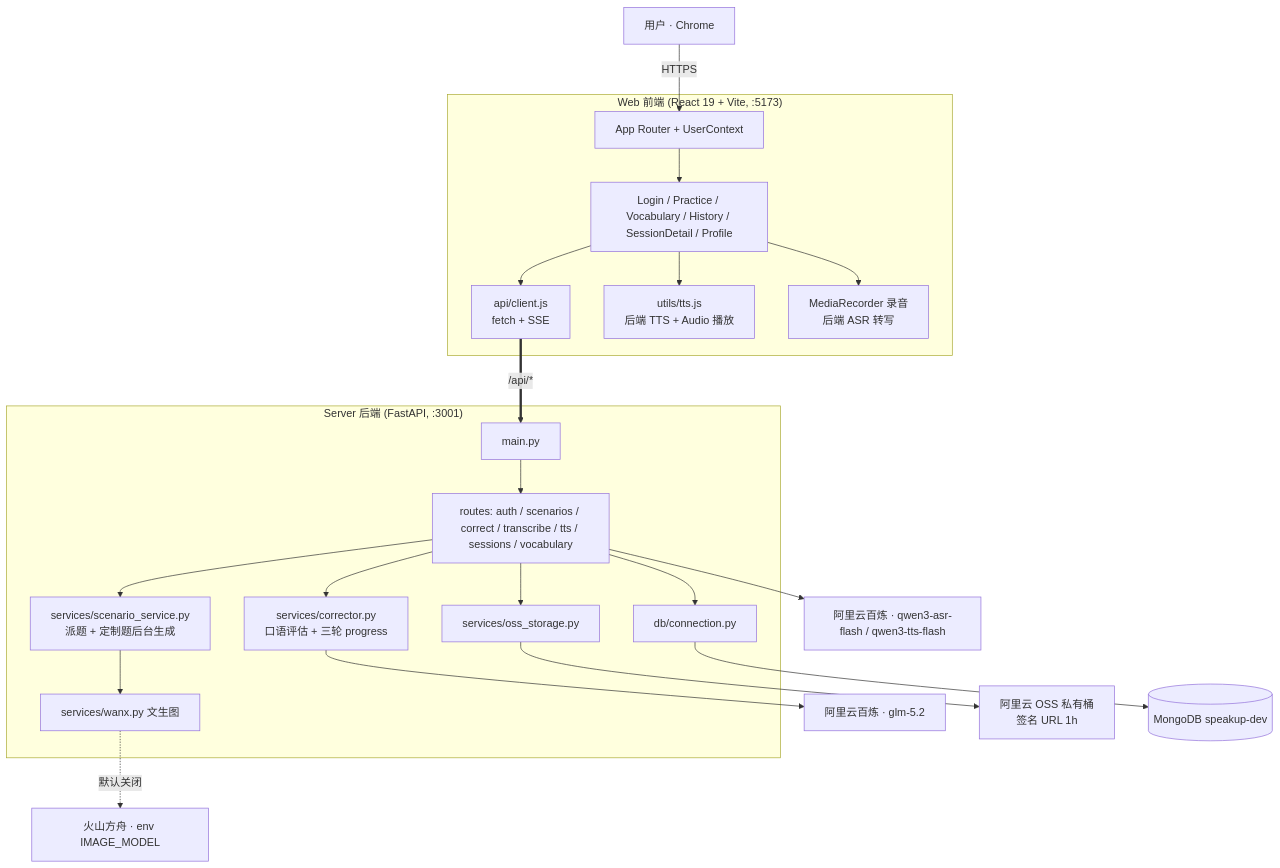
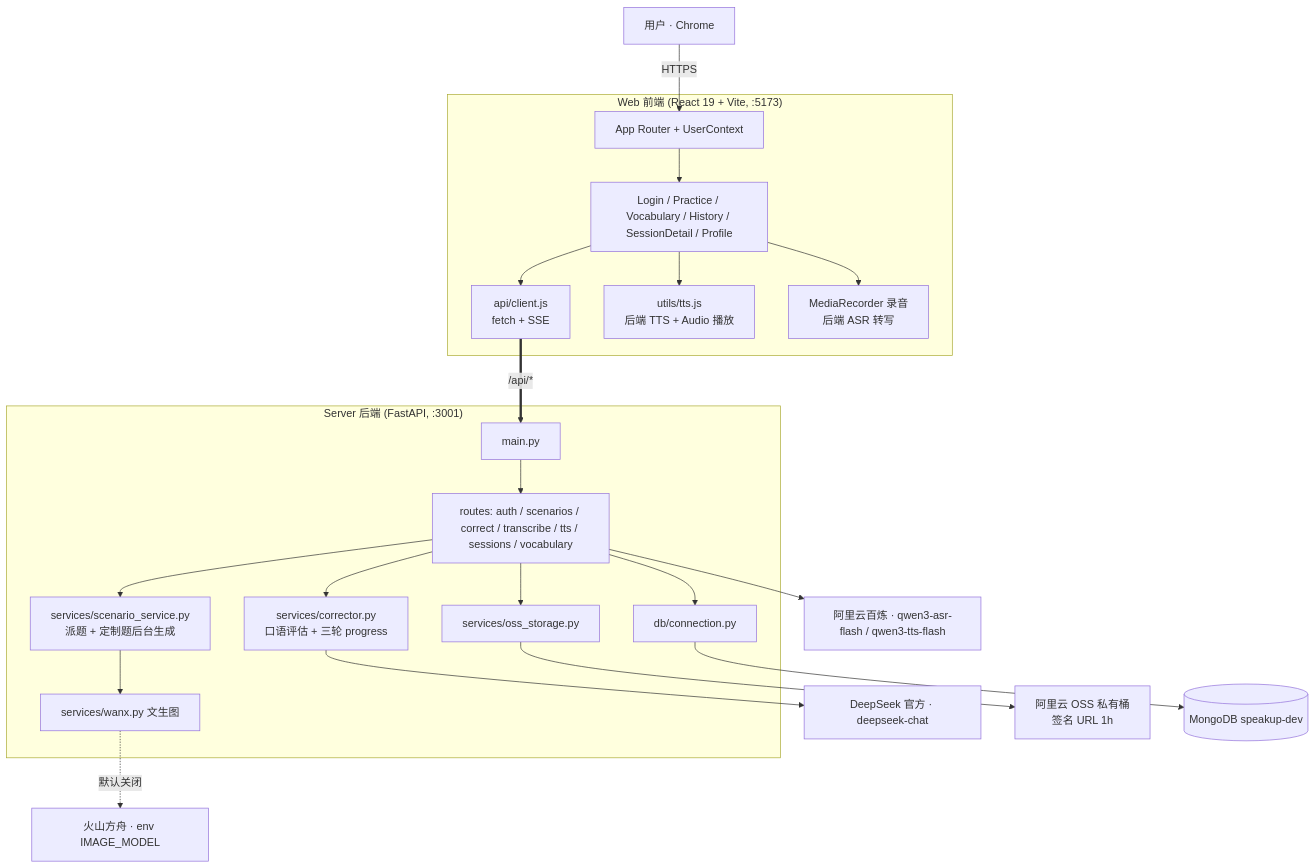
The first of 2 diagrams in docs/README.md (makewheels/speakup), drawn with Mermaid before and after one commit. The commit also changed other lines of this file and 15 other files, not shown here.

````diff
--- a/docs/README.md
+++ b/docs/README.md
@@ -7,28 +7,28 @@
 ```mermaid
 graph TB
     User[用户 · Chrome] -->|HTTPS| Web
 
     subgraph "Web 前端 (React 19 + Vite, :5173)"
         Web[App Router + UserContext] --> Pages[Login / Practice / Vocabulary / History / SessionDetail / Profile]
         Pages --> Client[api/client.js<br/>fetch + SSE]
         Pages --> TTS[utils/tts.js<br/>后端 TTS + Audio 播放]
         Pages --> SR[MediaRecorder 录音<br/>后端 ASR 转写]
     end
 
     Client ==>|/api/*| API
 
     subgraph "Server 后端 (FastAPI, :3001)"
         API[main.py] --> R[routes: auth / scenarios / correct / transcribe / tts / sessions / vocabulary]
         R --> Corrector[services/corrector.py<br/>口语评估 + 三轮 progress]
         R --> Scen[services/scenario_service.py<br/>派题 + 定制题后台生成]
         Scen --> Wanx[services/wanx.py 文生图]
         R --> OSS[services/oss_storage.py]
         R --> DB[db/connection.py]
     end
 
-    Corrector --> DashScope[阿里云百炼 · glm-5.2]
+    Corrector --> DeepSeek[DeepSeek 官方 · deepseek-chat]
     R --> Voice[阿里云百炼 · qwen3-asr-flash / qwen3-tts-flash]
     Wanx -.默认关闭.-> Seedream[火山方舟 · env IMAGE_MODEL]
     OSS --> Aliyun[阿里云 OSS 私有桶<br/>签名 URL 1h]
     DB --> Mongo[(MongoDB speakup-dev)]
 ```
````
